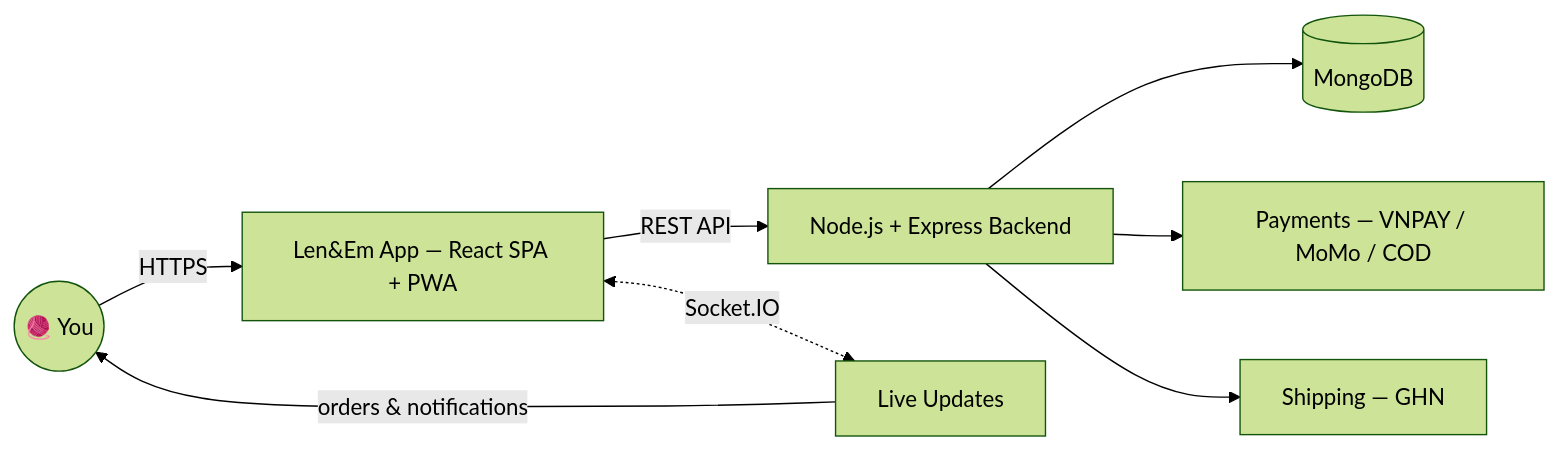
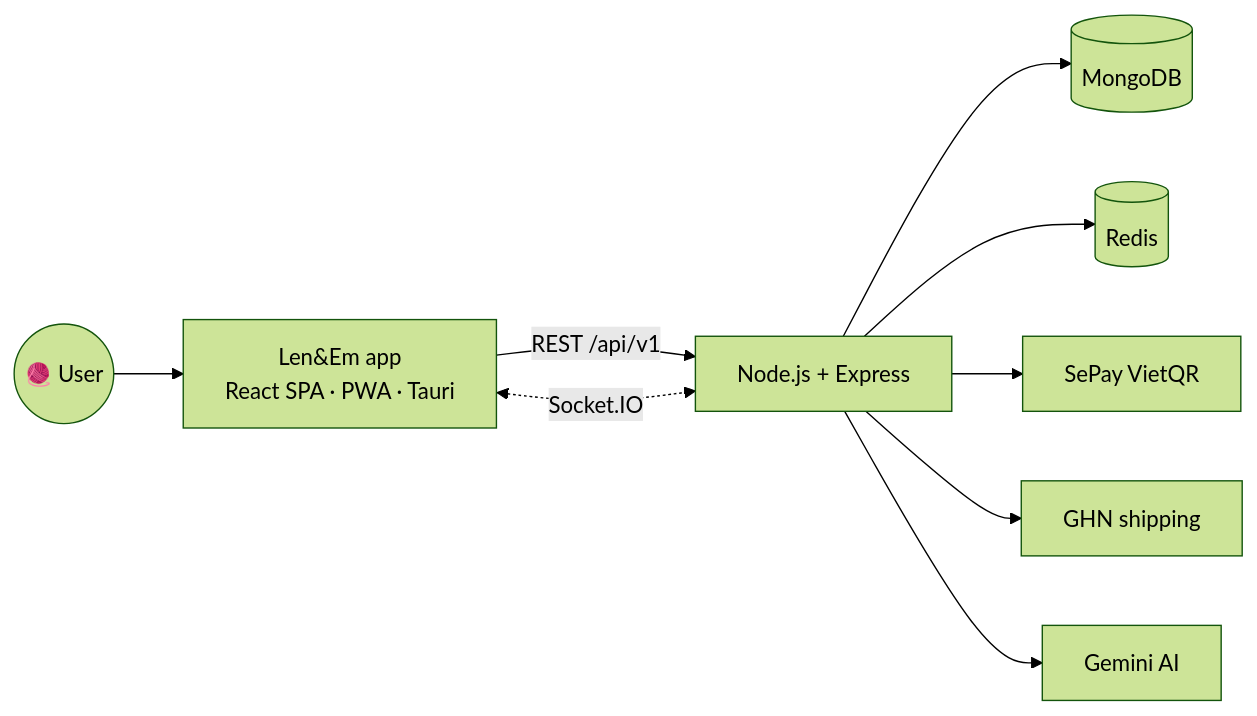
One commit to Kamui6607/Len-Em changed the diagram in README.md. Above: the diagram before and after it, drawn with Mermaid (forest theme). The commit also changed other lines of this file and 4 other files, not shown here.

````diff
--- a/README.md
+++ b/README.md
@@ -158,10 +117,11 @@
 ```mermaid
 flowchart LR
-    U(("🧶 You")) -->|HTTPS| APP["Len&Em App — React SPA + PWA"]
-    APP -->|REST API| API["Node.js + Express Backend"]
-    APP <-.->|Socket.IO| RT["Live Updates"]
+    U(("🧶 User")) --> APP["Len&Em app<br/>React SPA · PWA · Tauri"]
+    APP -->|REST /api/v1| API["Node.js + Express"]
+    APP <-.->|Socket.IO| API
     API --> DB[("MongoDB")]
-    API --> PAY["Payments — VNPAY / MoMo / COD"]
-    API --> SHIP["Shipping — GHN"]
-    RT -->|orders & notifications| U
+    API --> CACHE[("Redis")]
+    API --> PAY["SePay VietQR"]
+    API --> SHIP["GHN shipping"]
+    API --> AI["Gemini AI"]
 ```
````
